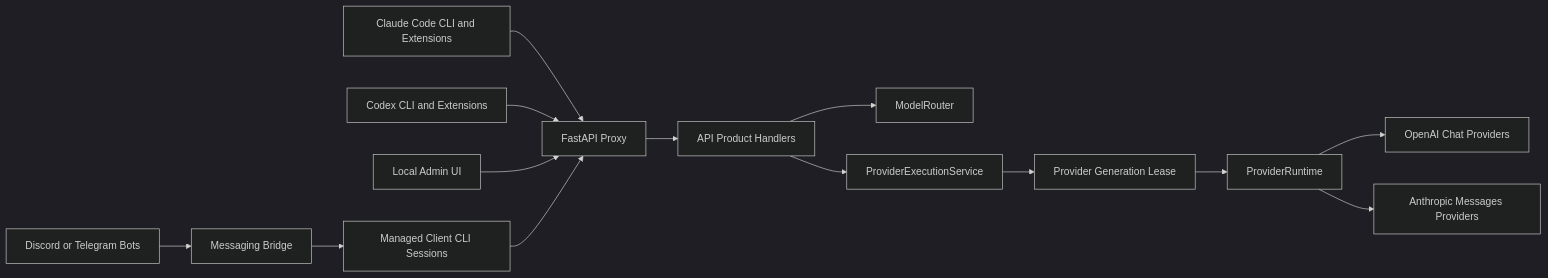
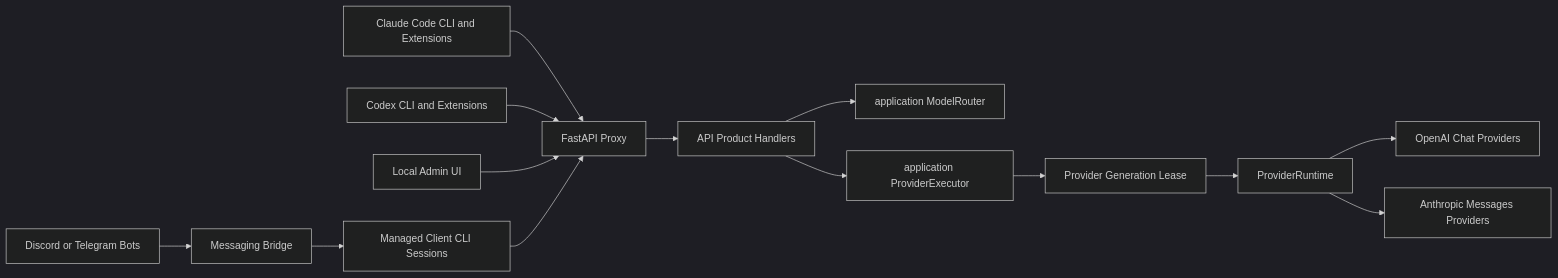
The first of 3 diagrams in ARCHITECTURE.md (shinmentakezo07/shin07), drawn with Mermaid (dark theme) before and after one commit. The commit also changed other lines of this file and 52 other files, not shown here.

First line of the commit message:
Introduce a typed application boundary for provider execution (#1045)

````diff
--- a/ARCHITECTURE.md
+++ b/ARCHITECTURE.md
@@ -27,16 +27,16 @@
 ```mermaid
 flowchart LR
     ClaudeCode[Claude Code CLI and Extensions] --> ProxyAPI[FastAPI Proxy]
     Codex[Codex CLI and Extensions] --> ProxyAPI
     AdminUI[Local Admin UI] --> ProxyAPI
     Bots[Discord or Telegram Bots] --> Messaging[Messaging Bridge]
     Messaging --> ClientCLI[Managed Client CLI Sessions]
     ClientCLI --> ProxyAPI
     ProxyAPI --> Handlers[API Product Handlers]
-    Handlers --> Router[ModelRouter]
-    Handlers --> Executor[ProviderExecutionService]
+    Handlers --> Router[application ModelRouter]
+    Handlers --> Executor[application ProviderExecutor]
     Executor --> Lease[Provider Generation Lease]
     Lease --> Providers[ProviderRuntime]
     Providers --> OpenAIChat[OpenAI Chat Providers]
     Providers --> NativeAnthropic[Anthropic Messages Providers]
 ```
````
